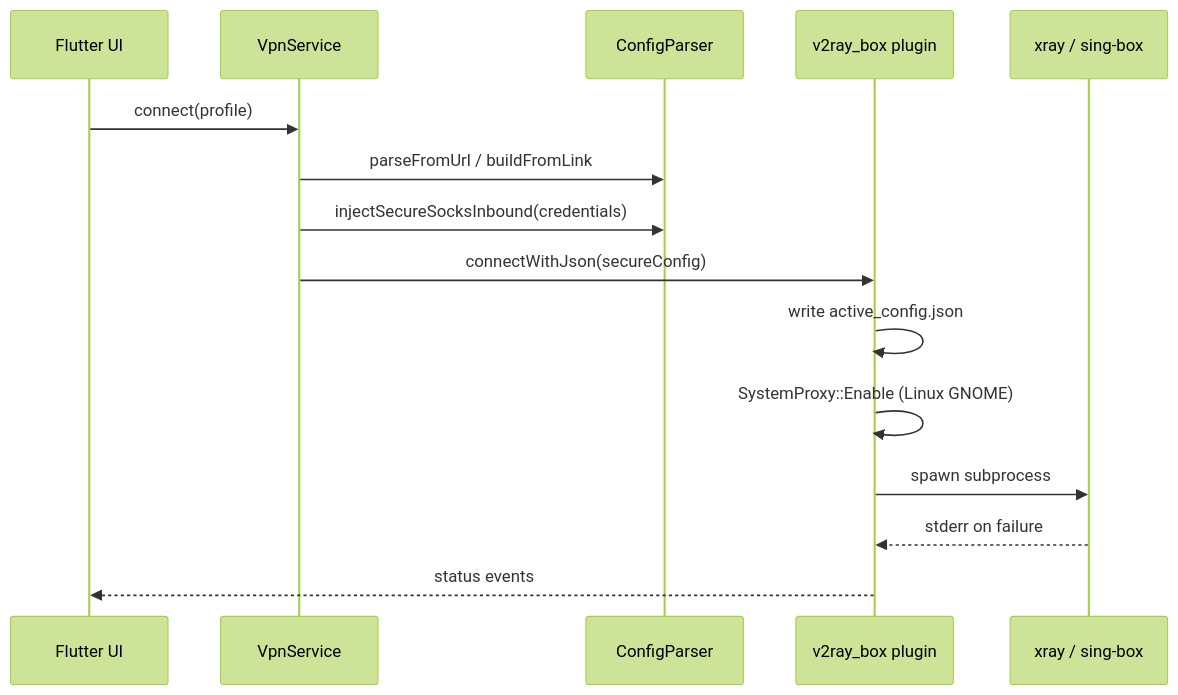
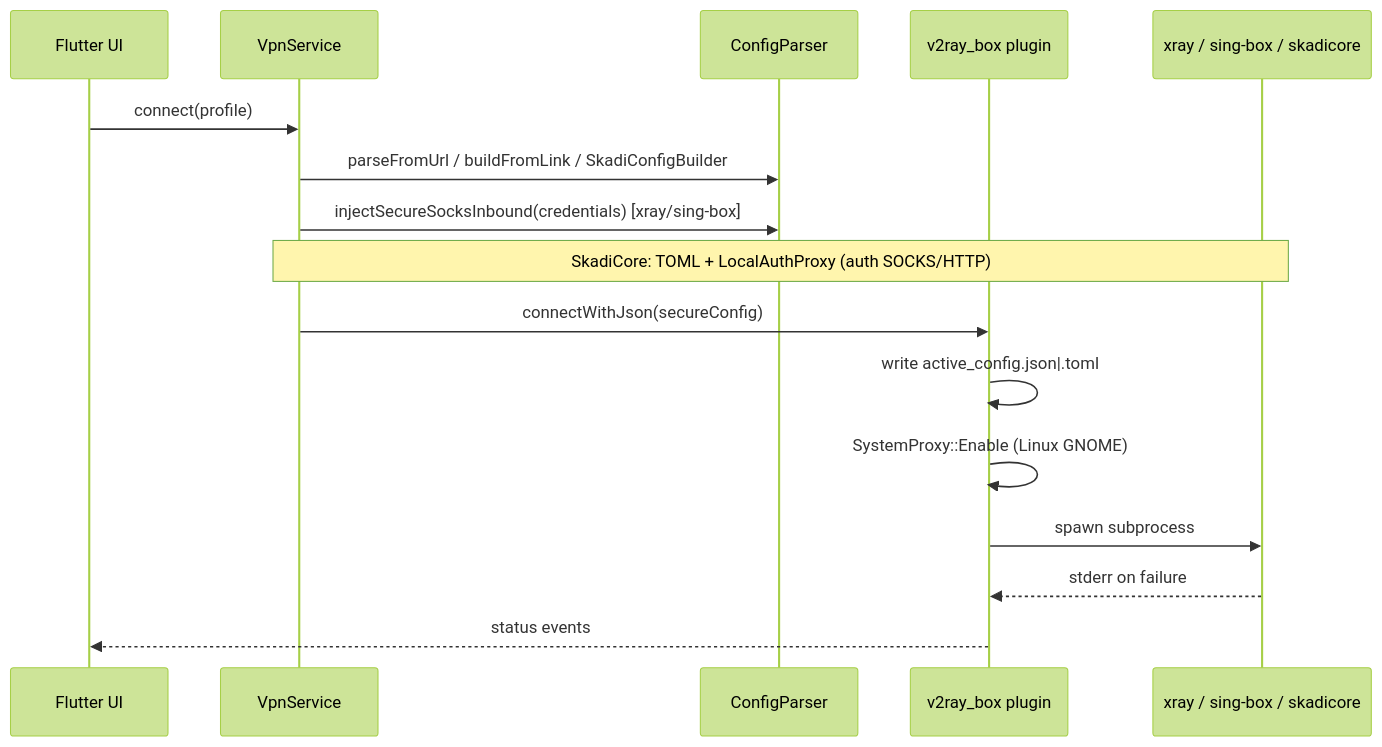
The diagram in .cursor/architecture.md (RioTwWks/RioNexTunnel), drawn with Mermaid (forest theme) before and after one commit. The commit also changed 27 other files, not shown here.

First line of the commit message:
feat: integrate SkadiCore as selectable VPN engine

````diff
--- a/.cursor/architecture.md
+++ b/.cursor/architecture.md
@@ -5,18 +5,19 @@
 ```mermaid
 sequenceDiagram
     participant UI as Flutter UI
     participant VS as VpnService
     participant CP as ConfigParser
     participant VB as v2ray_box plugin
-    participant Core as xray / sing-box
+    participant Core as xray / sing-box / skadicore
 
     UI->>VS: connect(profile)
-    VS->>CP: parseFromUrl / buildFromLink
-    VS->>CP: injectSecureSocksInbound(credentials)
+    VS->>CP: parseFromUrl / buildFromLink / SkadiConfigBuilder
+    VS->>CP: injectSecureSocksInbound(credentials) [xray/sing-box]
+    Note over VS,Core: SkadiCore: TOML + LocalAuthProxy (auth SOCKS/HTTP)
     VS->>VB: connectWithJson(secureConfig)
-    VB->>VB: write active_config.json
+    VB->>VB: write active_config.json|.toml
     VB->>VB: SystemProxy::Enable (Linux GNOME)
     VB->>Core: spawn subprocess
     Core-->>VB: stderr on failure
     VB-->>UI: status events
 ```
````
